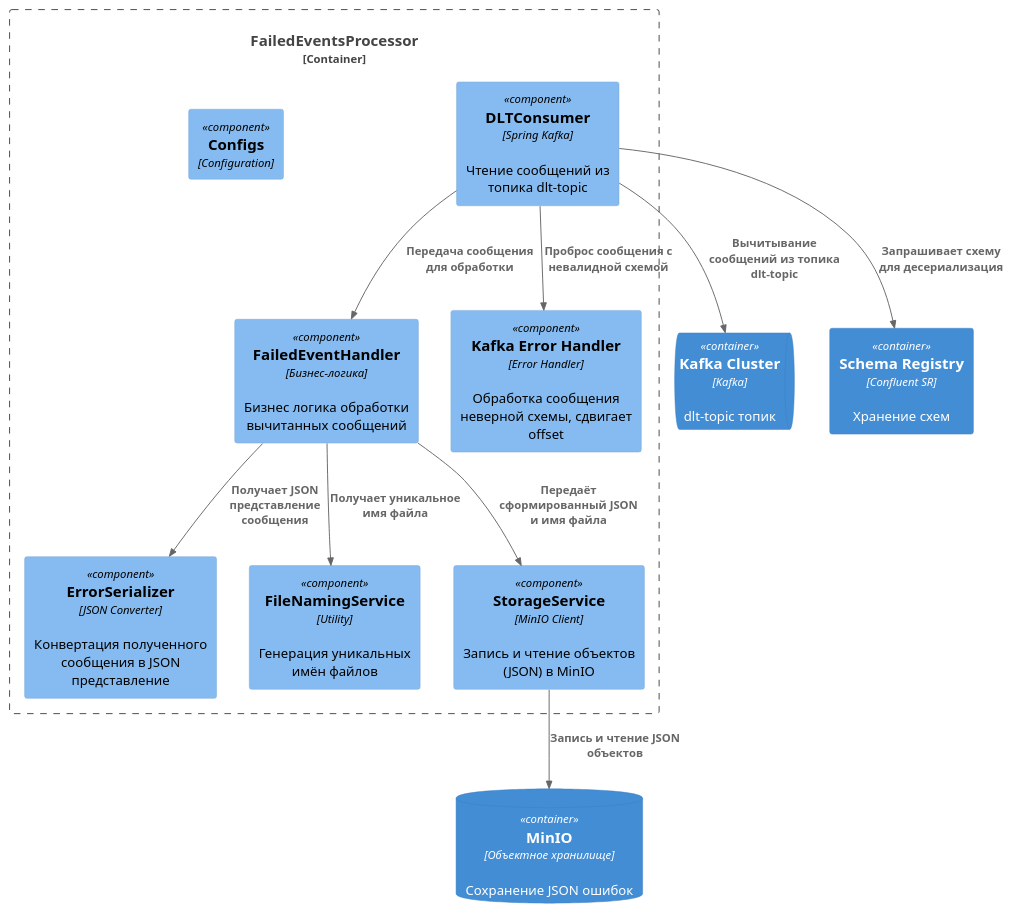
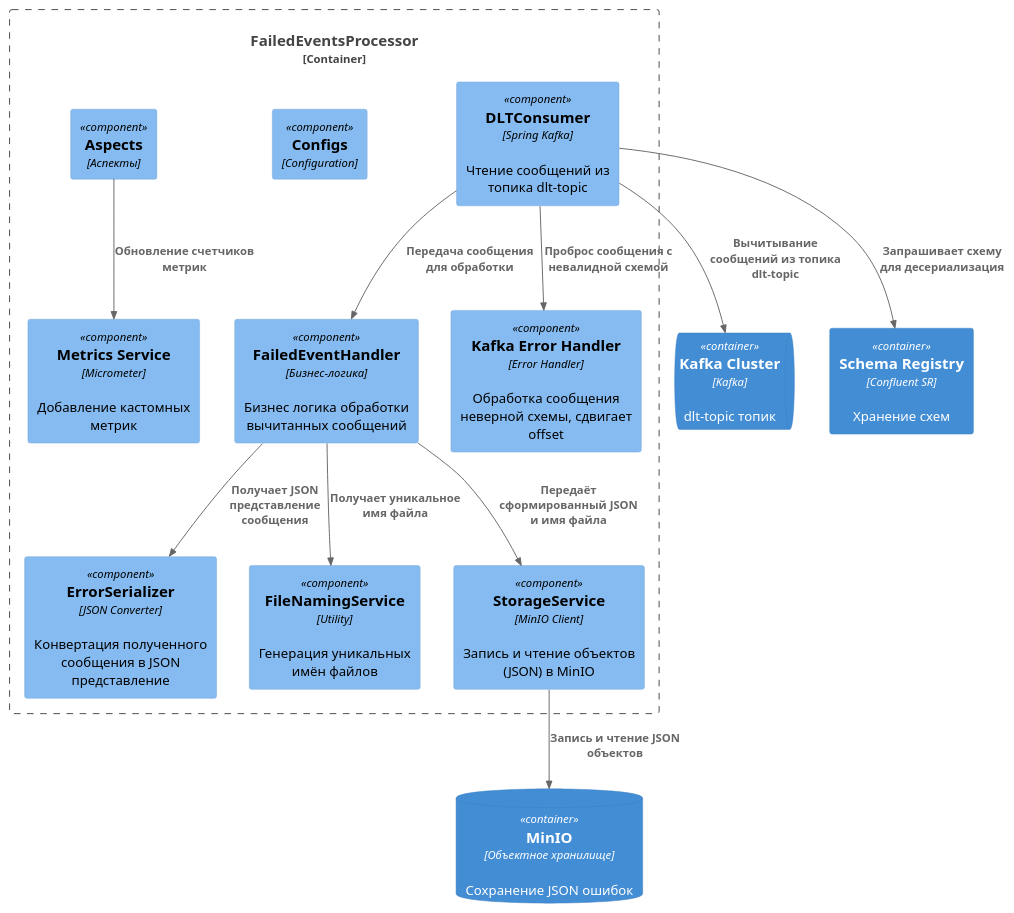
Before and after one commit to SinglePlayer56/iot: the diagram in failed-events-processor/diagrams/components.puml, drawn with PlantUML. The commit also changed 20 other files, not shown here.

```diff
--- a/failed-events-processor/diagrams/components.puml
+++ b/failed-events-processor/diagrams/components.puml
@@ -1,28 +1,31 @@
 @startuml
 !includeurl https://raw.githubusercontent.com/plantuml-stdlib/C4-PlantUML/master/C4_Component.puml
 
 Container_Boundary(failed_events_processor, "FailedEventsProcessor") {
     Component(dlt_consumer, "DLTConsumer", "Spring Kafka", "Чтение сообщений из топика dlt-topic")
     Component(failed_event_handler, "FailedEventHandler", "Бизнес-логика", "Бизнес логика обработки вычитанных сообщений")
     Component(error_serializer, "ErrorSerializer", "JSON Converter", "Конвертация полученного сообщения в JSON представление")
     Component(file_naming_service, "FileNamingService", "Utility", "Генерация уникальных имён файлов")
     Component(storage_service, "StorageService", "MinIO Client", "Запись и чтение объектов (JSON) в MinIO")
     Component(kafka_error_handler, "Kafka Error Handler", "Error Handler", "Обработка сообщения неверной схемы, сдвигает offset")
     Component(configs, "Configs", "Configuration")
+    Component(aspects, "Aspects", "Аспекты")
+    Component(metrics_service, "Metrics Service", "Micrometer", "Добавление кастомных метрик")
 
     Rel(dlt_consumer, failed_event_handler, "Передача сообщения для обработки")
     Rel(dlt_consumer, kafka_error_handler, "Проброс сообщения с невалидной схемой")
     Rel(failed_event_handler, file_naming_service, "Получает уникальное имя файла")
     Rel(failed_event_handler, error_serializer, "Получает JSON представление сообщения")
     Rel(failed_event_handler, storage_service, "Передаёт сформированный JSON и имя файла")
+    Rel(aspects, metrics_service, "Обновление счетчиков метрик")
 }
 
 ContainerQueue(kafka, "Kafka Cluster", "Kafka", "dlt-topic топик")
 Container(schema_registry, "Schema Registry", "Confluent SR", "Хранение схем")
 ContainerDb(minio, "MinIO", "Объектное хранилище", "Сохранение JSON ошибок")
 
 Rel(dlt_consumer, schema_registry, "Запрашивает схему для десериализация")
 Rel(dlt_consumer, kafka, "Вычитывание сообщений из топика dlt-topic")
 Rel(storage_service, minio, "Запись и чтение JSON объектов")
 
 @enduml
```
